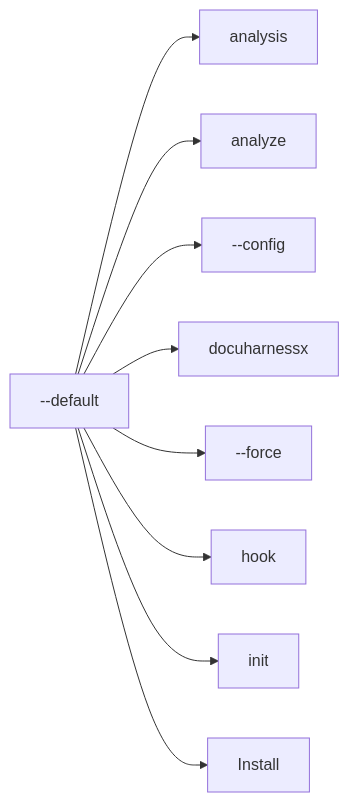
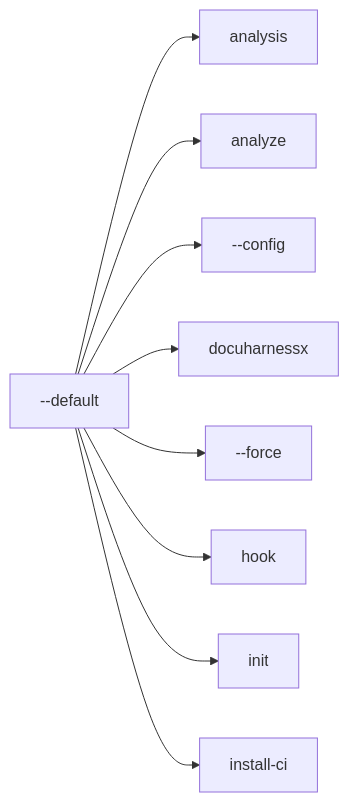
Before and after one commit to norandom/DocuHarnessX: the eighth of 30 diagrams in docs/glossary.md, drawn with Mermaid. The commit also changed other lines of this file and 7 other files, not shown here.

````diff
--- a/docs/glossary.md
+++ b/docs/glossary.md
@@ -376,20 +277,20 @@
 ```mermaid
 flowchart LR
   here["--default"]
   r0["analysis"]
   here --> r0
   r1["analyze"]
   here --> r1
   r2["--config"]
   here --> r2
   r3["docuharnessx"]
   here --> r3
   r4["--force"]
   here --> r4
   r5["hook"]
   here --> r5
   r6["init"]
   here --> r6
-  r7["Install"]
+  r7["install-ci"]
   here --> r7
 ```
````
